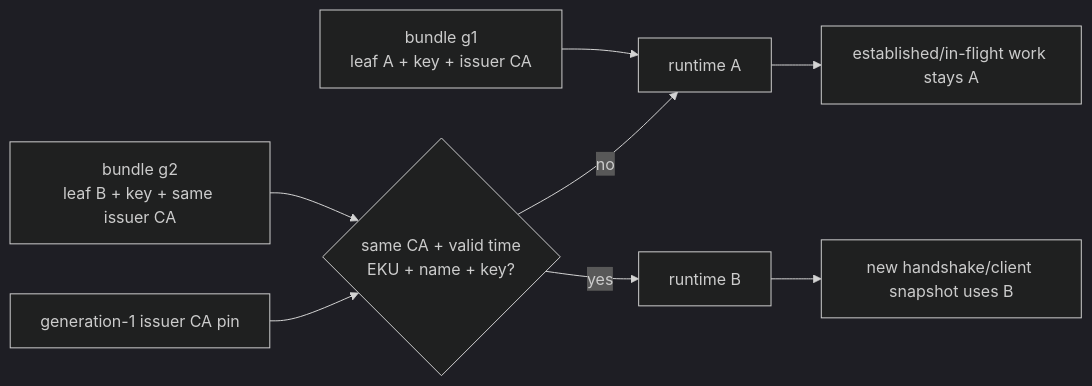
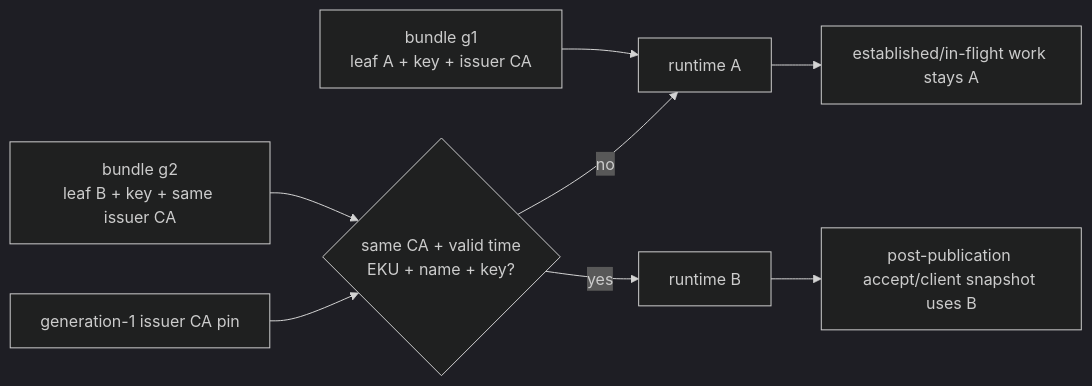
The first of 2 diagrams in docs/learning/phase-35-restart-free-same-ca-mtls-leaf-renewal.md (conan505/inferLab), drawn with Mermaid (dark theme) before and after one commit. The commit also changed other lines of this file and 44 other files, not shown here.

````diff
--- a/docs/learning/phase-35-restart-free-same-ca-mtls-leaf-renewal.md
+++ b/docs/learning/phase-35-restart-free-same-ca-mtls-leaf-renewal.md
@@ -34,10 +36,10 @@
 ```mermaid
 flowchart LR
     BundleA["bundle g1<br/>leaf A + key + issuer CA"] --> RuntimeA["runtime A"]
     Issuer["generation-1 issuer CA pin"] --> Check{"same CA + valid time<br/>EKU + name + key?"}
     BundleB["bundle g2<br/>leaf B + key + same issuer CA"] --> Check
     Check -->|"yes"| RuntimeB["runtime B"]
     Check -->|"no"| RuntimeA
     RuntimeA --> Old["established/in-flight work stays A"]
-    RuntimeB --> New["new handshake/client snapshot uses B"]
+    RuntimeB --> New["post-publication accept/client snapshot uses B"]
 ```
````
